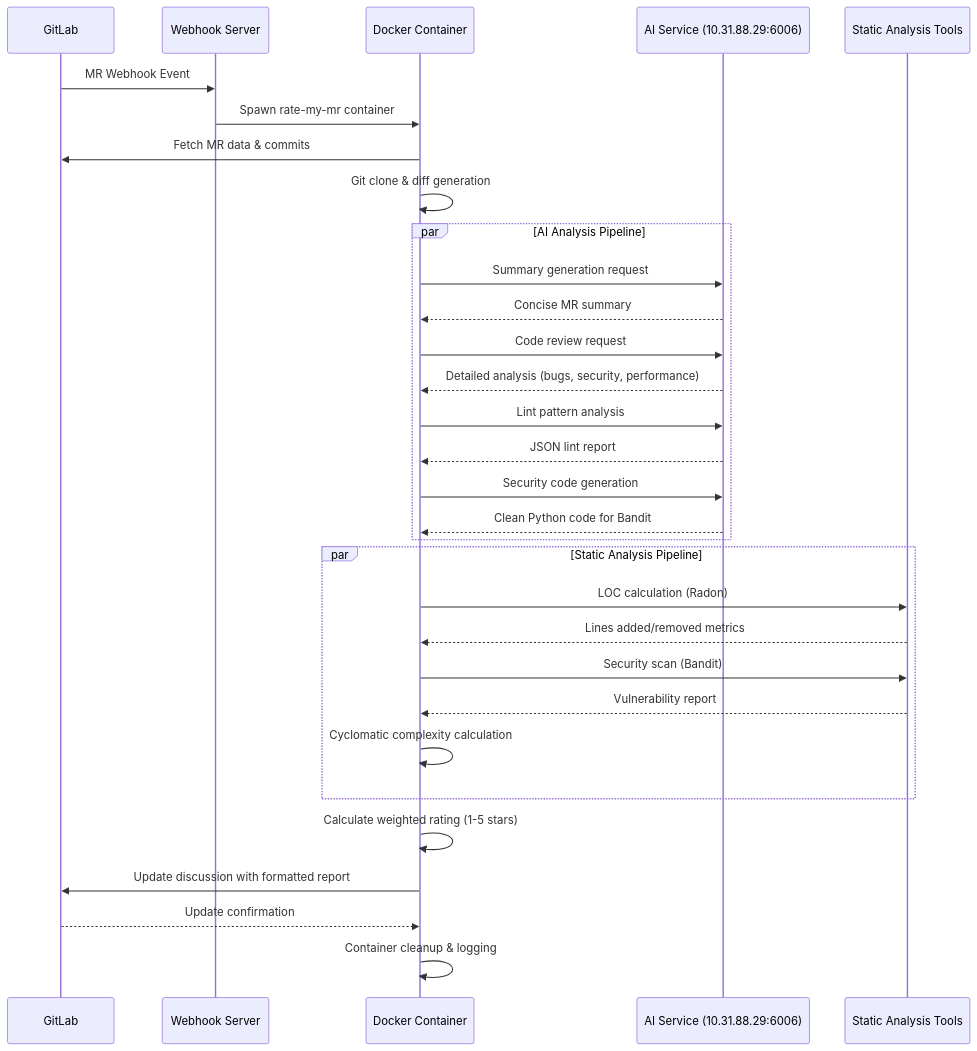
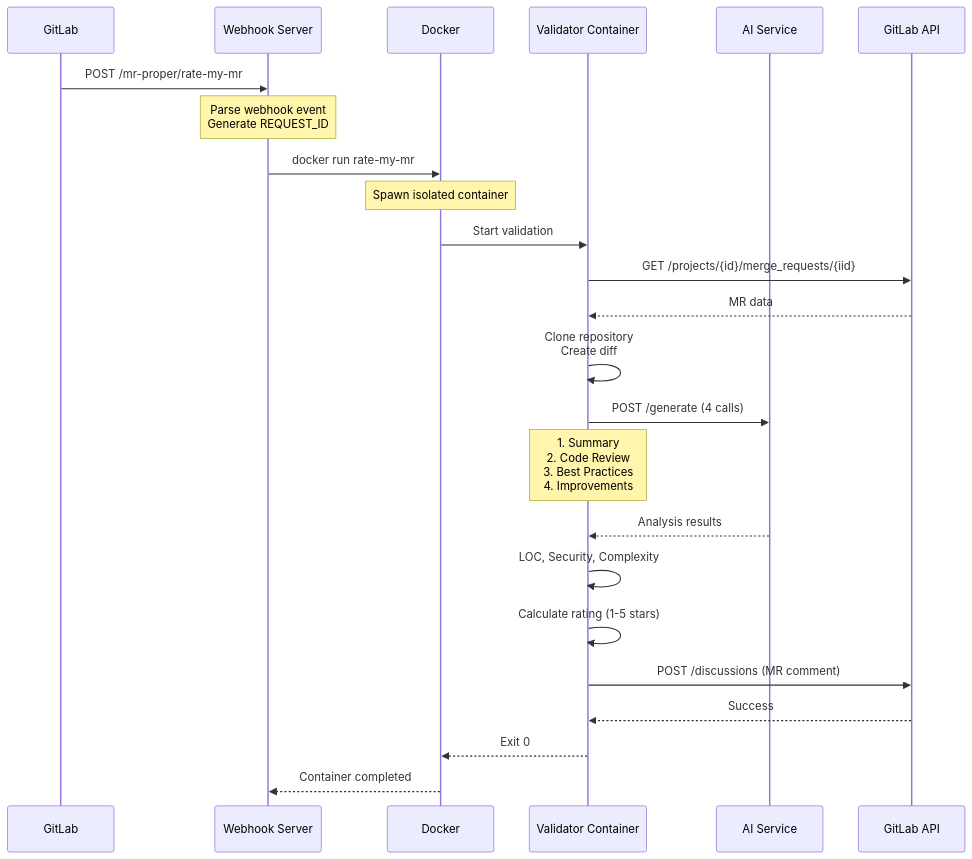
The fourth of 8 diagrams in ARCHITECTURE.md (vigneshpalanivelr/commit-validator), drawn with Mermaid before and after one commit. The commit also changed other lines of this file, not shown here.

First line of the commit message:
Comprehensive ARCHITECTURE.md update

````diff
--- a/ARCHITECTURE.md
+++ b/ARCHITECTURE.md
@@ -484,37 +217,27 @@
 ```mermaid
 sequenceDiagram
     participant GL as GitLab
     participant WH as Webhook Server
-    participant DC as Docker Container
-    participant AI as AI Service (10.31.88.29:6006)
-    participant ST as Static Analysis Tools
+    participant DC as Docker
+    participant VC as Validator Container
+    participant AI as AI Service
+    participant GA as GitLab API
 
-    GL->>WH: MR Webhook Event
-    WH->>DC: Spawn rate-my-mr container
-    DC->>GL: Fetch MR data & commits
-    DC->>DC: Git clone & diff generation
-
-    par AI Analysis Pipeline
-        DC->>AI: Summary generation request
-        AI-->>DC: Concise MR summary
-        DC->>AI: Code review request
-        AI-->>DC: Detailed analysis (bugs, security, performance)
-        DC->>AI: Lint pattern analysis
-        AI-->>DC: JSON lint report
-        DC->>AI: Security code generation
-        AI-->>DC: Clean Python code for Bandit
-    end
-
-    par Static Analysis Pipeline
-        DC->>ST: LOC calculation (Radon)
-        ST-->>DC: Lines added/removed metrics
-        DC->>ST: Security scan (Bandit)
-        ST-->>DC: Vulnerability report
-        DC->>DC: Cyclomatic complexity calculation
-    end
-
-    DC->>DC: Calculate weighted rating (1-5 stars)
-    DC->>GL: Update discussion with formatted report
-    GL-->>DC: Update confirmation
-    DC->>DC: Container cleanup & logging
+    GL->>WH: POST /mr-proper/rate-my-mr
+    Note over WH: Parse webhook event<br/>Generate REQUEST_ID
+    WH->>DC: docker run rate-my-mr
+    Note over DC: Spawn isolated container
+    DC->>VC: Start validation
+    VC->>GA: GET /projects/{id}/merge_requests/{iid}
+    GA-->>VC: MR data
+    VC->>VC: Clone repository<br/>Create diff
+    VC->>AI: POST /generate (4 calls)
+    Note over VC: 1. Summary<br/>2. Code Review<br/>3. Best Practices<br/>4. Improvements
+    AI-->>VC: Analysis results
+    VC->>VC: LOC, Security, Complexity
+    VC->>VC: Calculate rating (1-5 stars)
+    VC->>GA: POST /discussions (MR comment)
+    GA-->>VC: Success
+    VC-->>DC: Exit 0
+    DC-->>WH: Container completed
 ```
````
